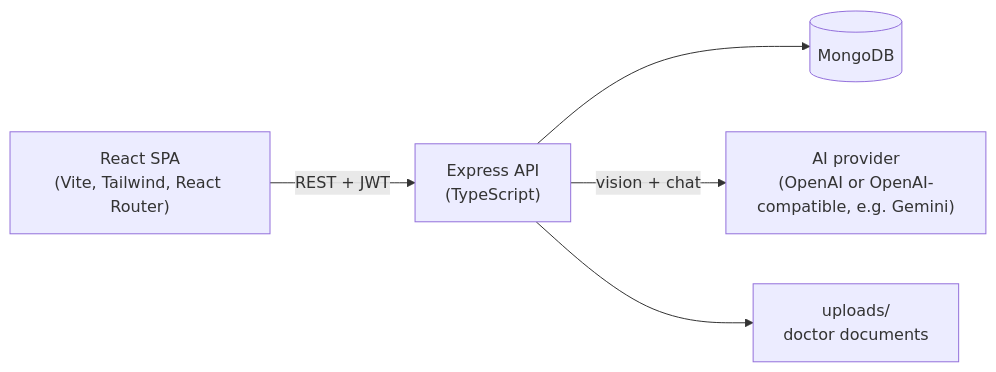
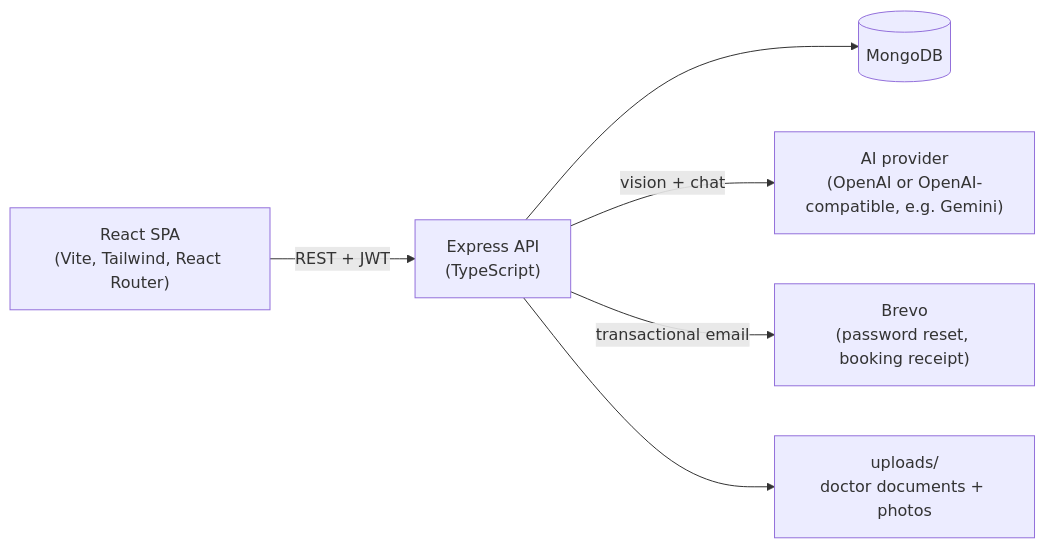
Before and after one commit to SouradeepMisra/MedAI-Connect: the diagram in README.md, drawn with Mermaid. The commit also changed other lines of this file and 9 other files, not shown here.

````diff
--- a/README.md
+++ b/README.md
@@ -45,7 +46,8 @@
 ```mermaid
 flowchart LR
     Browser["React SPA<br/>(Vite, Tailwind, React Router)"] -- "REST + JWT" --> API["Express API<br/>(TypeScript)"]
     API --> DB[("MongoDB")]
     API -- "vision + chat" --> OpenAI["AI provider<br/>(OpenAI or OpenAI-compatible, e.g. Gemini)"]
-    API --> Disk["uploads/<br/>doctor documents"]
+    API -- "transactional email" --> Brevo["Brevo<br/>(password reset, booking receipt)"]
+    API --> Disk["uploads/<br/>doctor documents + photos"]
 ```
````
